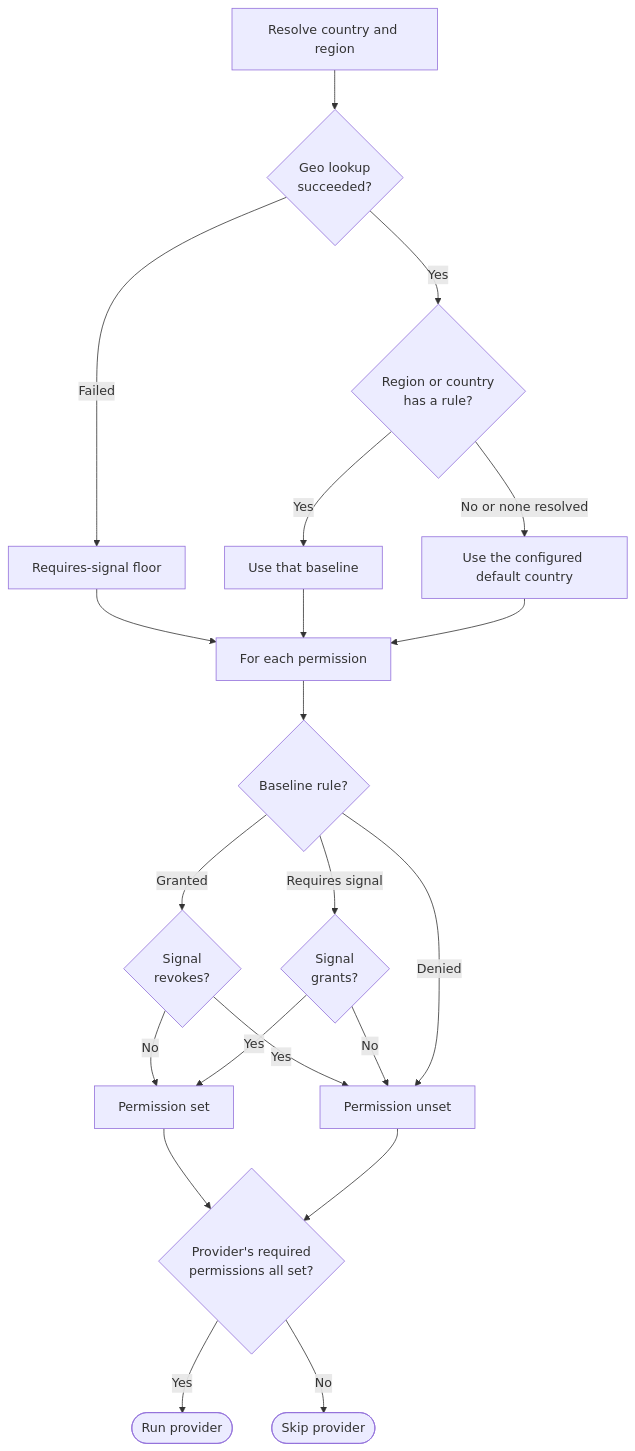
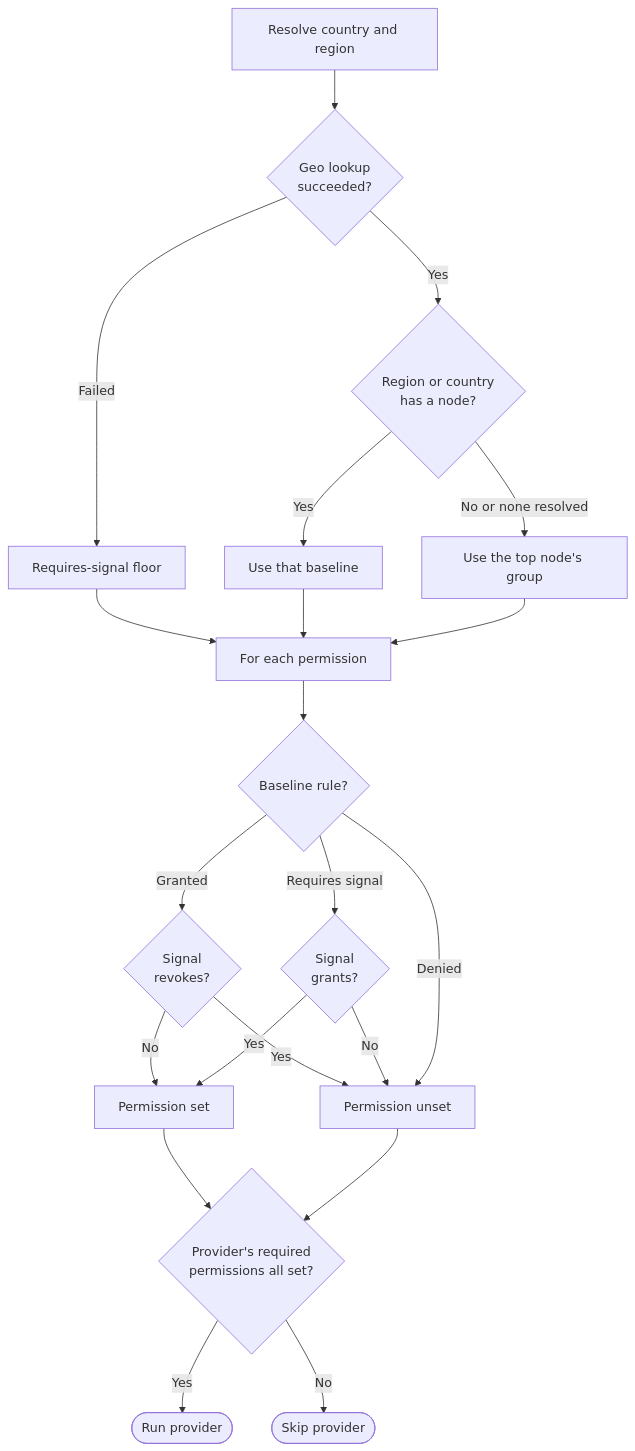
One commit to IABTechLab/trusted-server changed the second of 2 diagrams in docs/guide/permission-model.md. Above: the diagram before and after it, drawn with Mermaid. The commit also changed other lines of this file, not shown here.

````diff
--- a/docs/guide/permission-model.md
+++ b/docs/guide/permission-model.md
@@ -268,25 +322,25 @@
 ```mermaid
 flowchart TD
     Start[Resolve country and region] --> Lookup{Geo lookup<br/>succeeded?}
     Lookup -- "Failed" --> Floor[Requires-signal floor]
-    Lookup -- "Yes" --> Rules{Region or country<br/>has a rule?}
+    Lookup -- "Yes" --> Rules{Region or country<br/>has a node?}
     Rules -- "Yes" --> CountryMap[Use that baseline]
-    Rules -- "No or none resolved" --> Default[Use the configured default country]
+    Rules -- "No or none resolved" --> Default[Use the top node's group]
     Floor --> PerPerm
     CountryMap --> PerPerm
     Default --> PerPerm
 
     PerPerm[For each permission] --> Rule{Baseline rule?}
     Rule -- "Granted" --> Revoke{Signal<br/>revokes?}
     Revoke -- "No" --> Set[Permission set]
     Revoke -- "Yes" --> Unset[Permission unset]
     Rule -- "Requires signal" --> Grant{Signal<br/>grants?}
     Grant -- "Yes" --> Set
     Grant -- "No" --> Unset
     Rule -- "Denied" --> Unset
 
     Set --> Check{Provider's required<br/>permissions all set?}
     Unset --> Check
     Check -- "Yes" --> Run([Run provider])
     Check -- "No" --> Skip([Skip provider])
 ```
````
